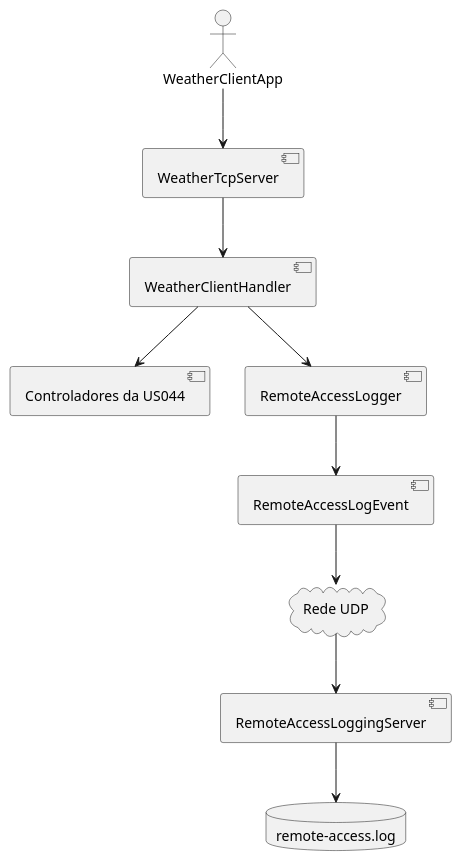
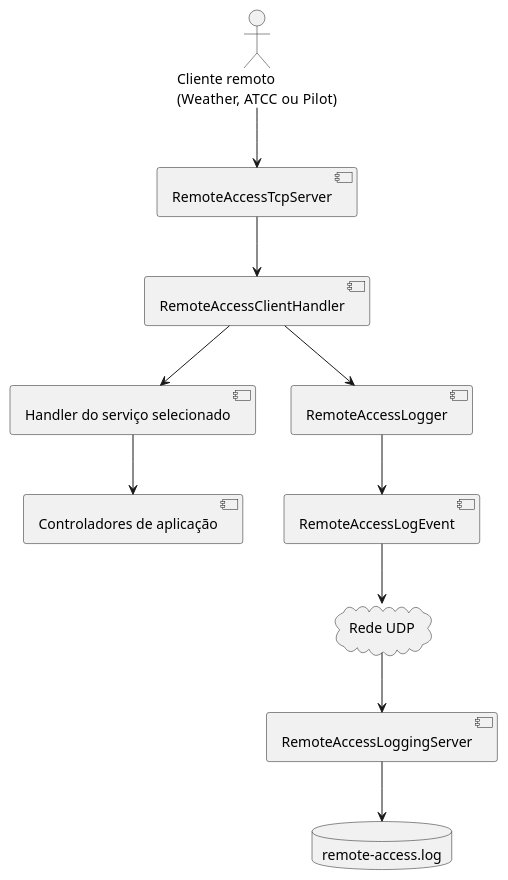
Before and after one commit to goncalolopesp/sem4pi2526-sem4pi2526_2di5: the first of 3 diagrams in docs/us_090/US090.md, drawn with PlantUML. The commit also changed other lines of this file, not shown here.

````diff
--- a/docs/us_090/US090.md
+++ b/docs/us_090/US090.md
@@ -65,27 +67,29 @@
 ```puml
 @startuml
 
-actor WeatherClientApp as Client
+actor "Cliente remoto\n(Weather, ATCC ou Pilot)" as Client
 
-component WeatherTcpServer as Server
-component WeatherClientHandler as Handler
-component "Controladores da US044" as Controllers
+component RemoteAccessTcpServer as Server
+component RemoteAccessClientHandler as Handler
+component "Handler do serviço selecionado" as ServiceHandler
+component "Controladores de aplicação" as Controllers
 component RemoteAccessLogger as Logger
 component RemoteAccessLogEvent as Event
 
 cloud "Rede UDP" as UDP
 
 component RemoteAccessLoggingServer as LogServer
 database "remote-access.log" as File
 
 Client --> Server
 Server --> Handler
-Handler --> Controllers
+Handler --> ServiceHandler
+ServiceHandler --> Controllers
 Handler --> Logger
 Logger --> Event
 Event --> UDP
 UDP --> LogServer
 LogServer --> File
 
 @enduml
 ```
````
